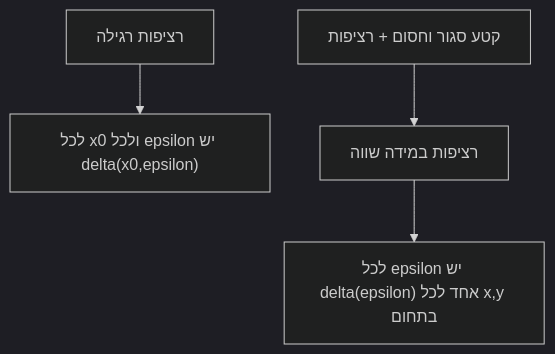
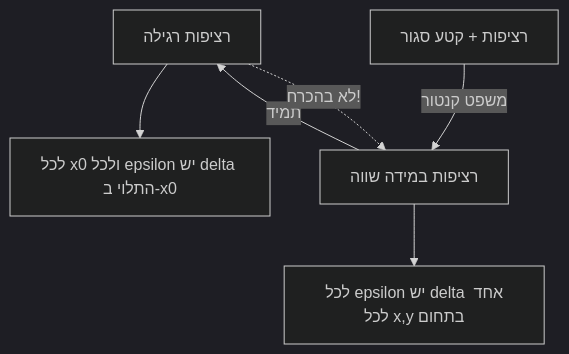
Before and after one commit to Moshiko-Sarig/Calc1-The-Open-University: the diagram in חשבון אינפיסימטלי 1/יחידה 5 - פונקציות רציפות/רציפות במידה שווה ומשפט קנטור.md, drawn with Mermaid (dark theme). The commit also changed other lines of this file and 4 other files, not shown here.

````diff
--- a/חשבון אינפיסימטלי 1/יחידה 5 - פונקציות רציפות/רציפות במידה שווה ומשפט קנטור.md
+++ b/חשבון אינפיסימטלי 1/יחידה 5 - פונקציות רציפות/רציפות במידה שווה ומשפט קנטור.md
@@ -53,6 +73,8 @@
 ```mermaid
 flowchart TD
-    A["רציפות רגילה"] --> B["לכל x0 ולכל epsilon יש delta(x0,epsilon)"]
-    C["רציפות במידה שווה"] --> D["לכל epsilon יש delta(epsilon) אחד לכל x,y בתחום"]
-    E["קטע סגור וחסום + רציפות"] --> C
+    A["רציפות רגילה"] --> B["לכל x0 ולכל epsilon יש delta התלוי ב-x0"]
+    C["רציפות במידה שווה"] --> D["לכל epsilon יש delta אחד לכל x,y בתחום"]
+    E["רציפות + קטע סגור"] -->|"משפט קנטור"| C
+    C -->|"תמיד"| A
+    A -.->|"לא בהכרח!"| C
 ```
````
